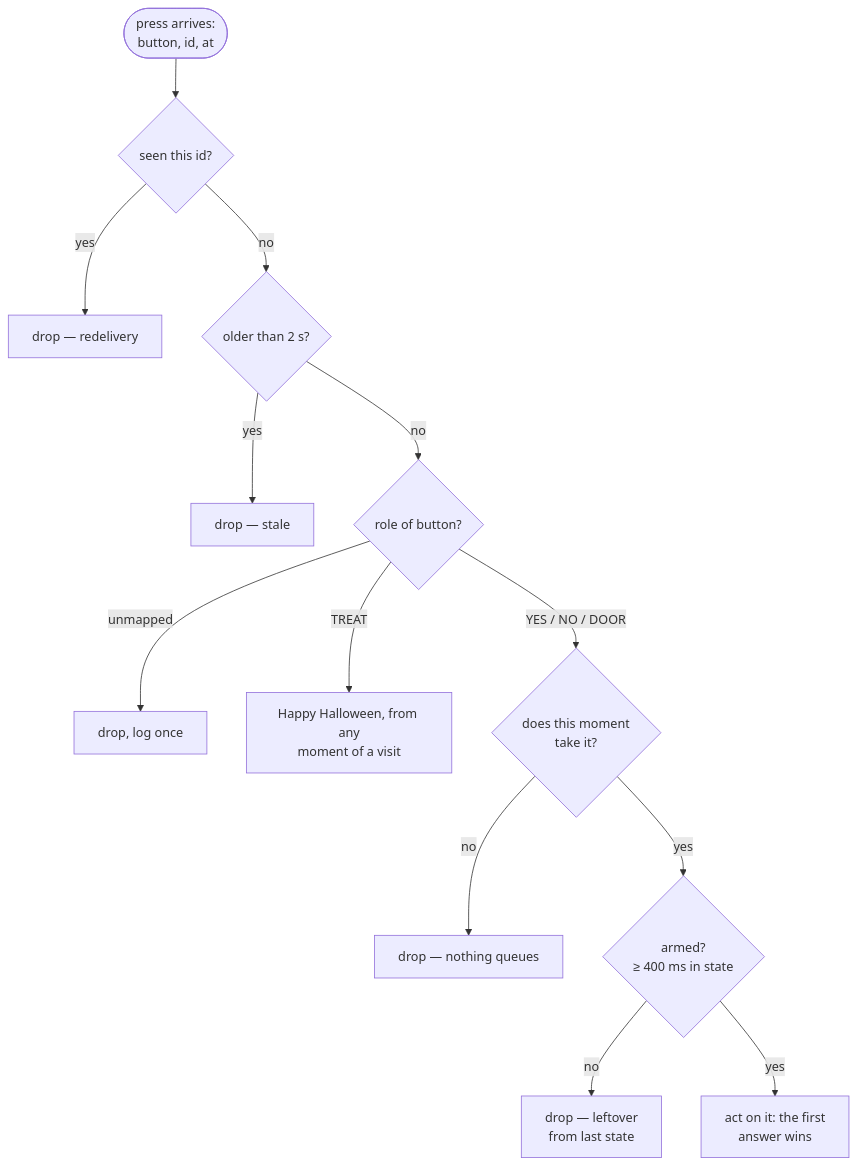
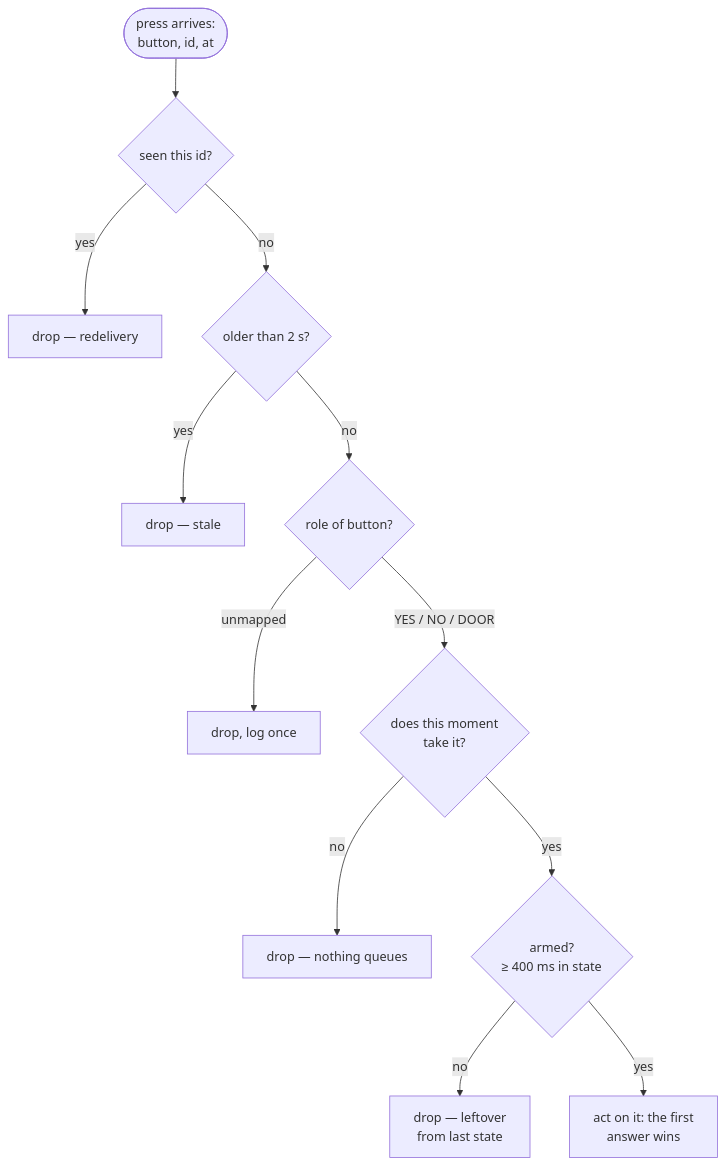
Before and after one commit to paperclipmonkey/facade-mapper: the third of 4 diagrams in docs/button-game.md, drawn with Mermaid. The commit also changed other lines of this file and 18 other files, not shown here.

````diff
--- a/docs/button-game.md
+++ b/docs/button-game.md
@@ -234,15 +237,14 @@
 ```mermaid
 flowchart TD
   P([press arrives:<br/>button, id, at]) --> D{seen this id?}
   D -->|yes| X1[drop — redelivery]
   D -->|no| S{older than 2 s?}
   S -->|yes| X2[drop — stale]
   S -->|no| R{role of button?}
   R -->|unmapped| X3[drop, log once]
-  R -->|TREAT| TR[Happy Halloween, from any<br/>moment of a visit]
   R -->|YES / NO / DOOR| L{does this moment<br/>take it?}
   L -->|no| FB[drop — nothing queues]
   L -->|yes| AR{armed?<br/>≥ 400 ms in state}
   AR -->|no| X4[drop — leftover<br/>from last state]
   AR -->|yes| GO[act on it: the first<br/>answer wins]
 ```
````
